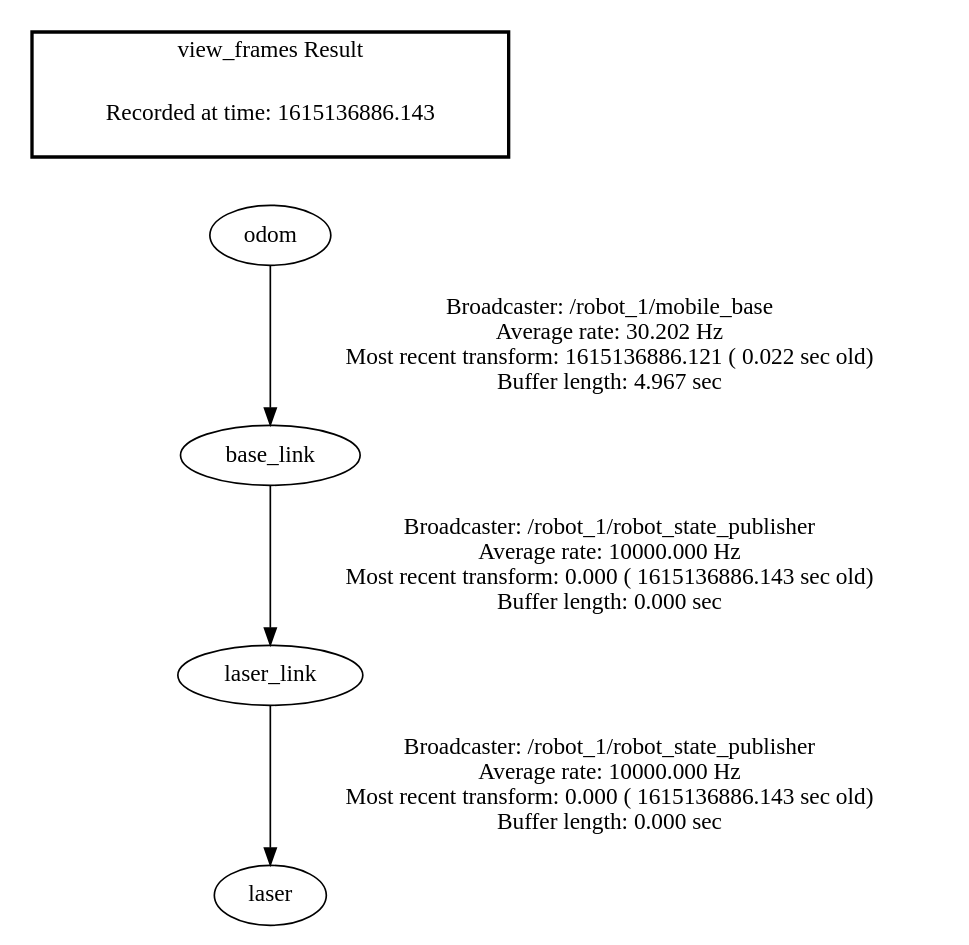
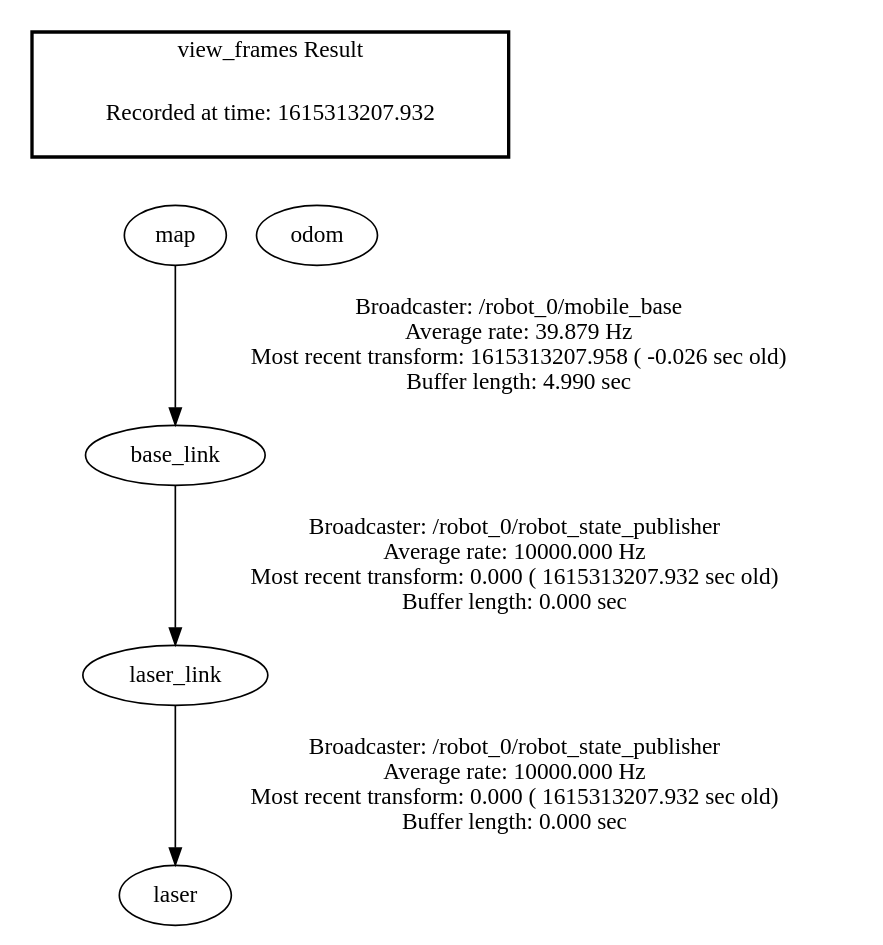
The diagram in dashgo_ws/frames.gv (RoBorregos/smart-factory), drawn with Graphviz before and after one commit. The commit also changed 418 other files, not shown here.

```diff
--- a/dashgo_ws/frames.gv
+++ b/dashgo_ws/frames.gv
@@ -1,9 +1,13 @@
 digraph G {
-"base_link" -> "laser_link"[label="Broadcaster: /robot_1/robot_state_publisher\nAverage rate: 10000.000 Hz\nMost recent transform: 0.000 ( 1615136886.143 sec old)\nBuffer length: 0.000 sec\n"];
-"odom" -> "base_link"[label="Broadcaster: /robot_1/mobile_base\nAverage rate: 30.202 Hz\nMost recent transform: 1615136886.121 ( 0.022 sec old)\nBuffer length: 4.967 sec\n"];
-"laser_link" -> "laser"[label="Broadcaster: /robot_1/robot_state_publisher\nAverage rate: 10000.000 Hz\nMost recent transform: 0.000 ( 1615136886.143 sec old)\nBuffer length: 0.000 sec\n"];
+"base_link" -> "laser_link"[label="Broadcaster: /robot_0/robot_state_publisher\nAverage rate: 10000.000 Hz\nMost recent transform: 0.000 ( 1615313207.932 sec old)\nBuffer length: 0.000 sec\n"];
+"map" -> "base_link"[label="Broadcaster: /robot_0/mobile_base\nAverage rate: 39.879 Hz\nMost recent transform: 1615313207.958 ( -0.026 sec old)\nBuffer length: 4.990 sec\n"];
+"laser_link" -> "laser"[label="Broadcaster: /robot_0/robot_state_publisher\nAverage rate: 10000.000 Hz\nMost recent transform: 0.000 ( 1615313207.932 sec old)\nBuffer length: 0.000 sec\n"];
 edge [style=invis];
  subgraph cluster_legend { style=bold; color=black; label ="view_frames Result";
-"Recorded at time: 1615136886.143"[ shape=plaintext ] ;
+"Recorded at time: 1615313207.932"[ shape=plaintext ] ;
+ }->"map";
+edge [style=invis];
+ subgraph cluster_legend { style=bold; color=black; label ="view_frames Result";
+"Recorded at time: 1615313207.932"[ shape=plaintext ] ;
  }->"odom";
 }
```
